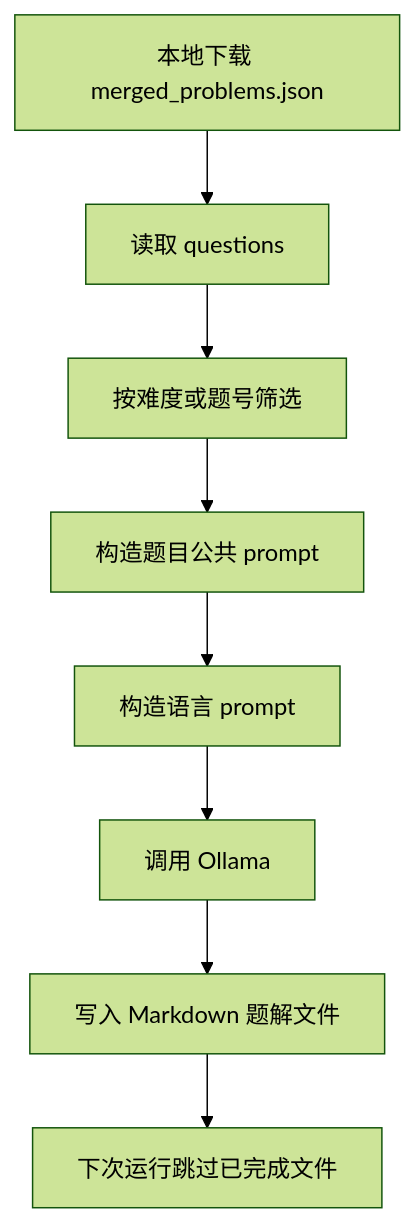
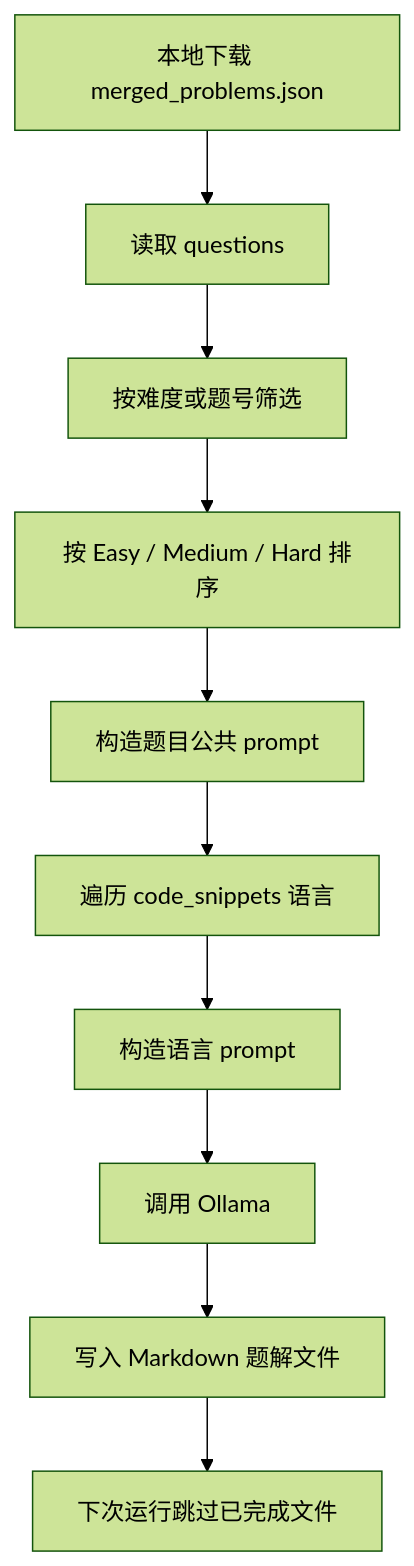
Before and after one commit to billzi2016/Leetcode-All-Languages-Bset-Solutions: the first of 7 diagrams in docs-site/cn/workflow.md, drawn with Mermaid (forest theme). The commit also changed other lines of this file and 13 other files, not shown here.

First line of the commit message:
补全文档站点运行意图和 prompt 缓存说明

````diff
--- a/docs-site/cn/workflow.md
+++ b/docs-site/cn/workflow.md
@@ -7,10 +9,12 @@
 ```mermaid
 flowchart TD
     A[本地下载 merged_problems.json] --> B[读取 questions]
     B --> C[按难度或题号筛选]
-    C --> D[构造题目公共 prompt]
-    D --> E[构造语言 prompt]
-    E --> F[调用 Ollama]
-    F --> G[写入 Markdown 题解文件]
-    G --> H[下次运行跳过已完成文件]
+    C --> D[按 Easy / Medium / Hard 排序]
+    D --> E[构造题目公共 prompt]
+    E --> F[遍历 code_snippets 语言]
+    F --> G[构造语言 prompt]
+    G --> H[调用 Ollama]
+    H --> I[写入 Markdown 题解文件]
+    I --> J[下次运行跳过已完成文件]
 ```
````
